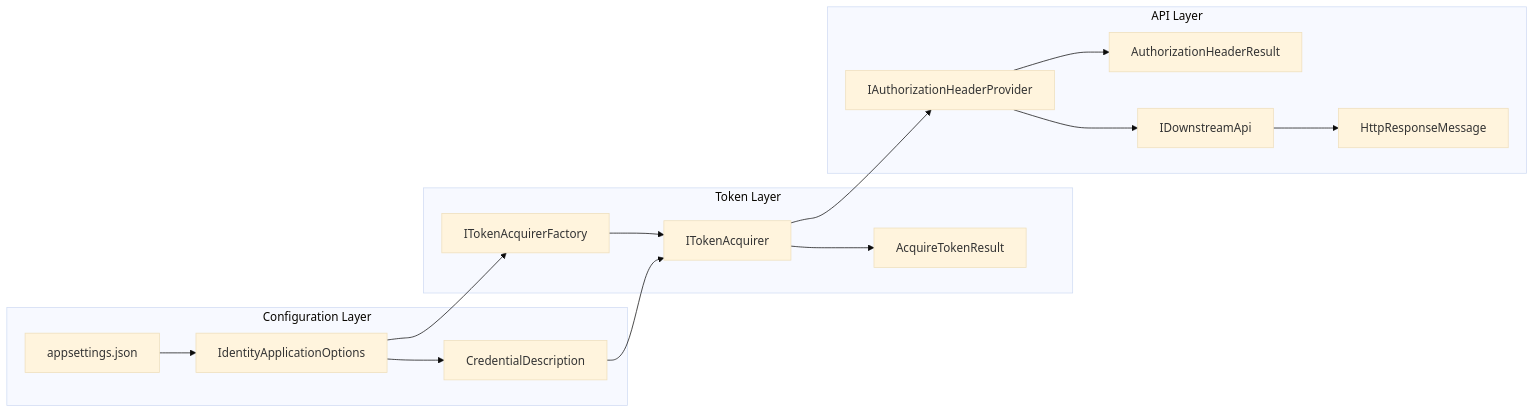
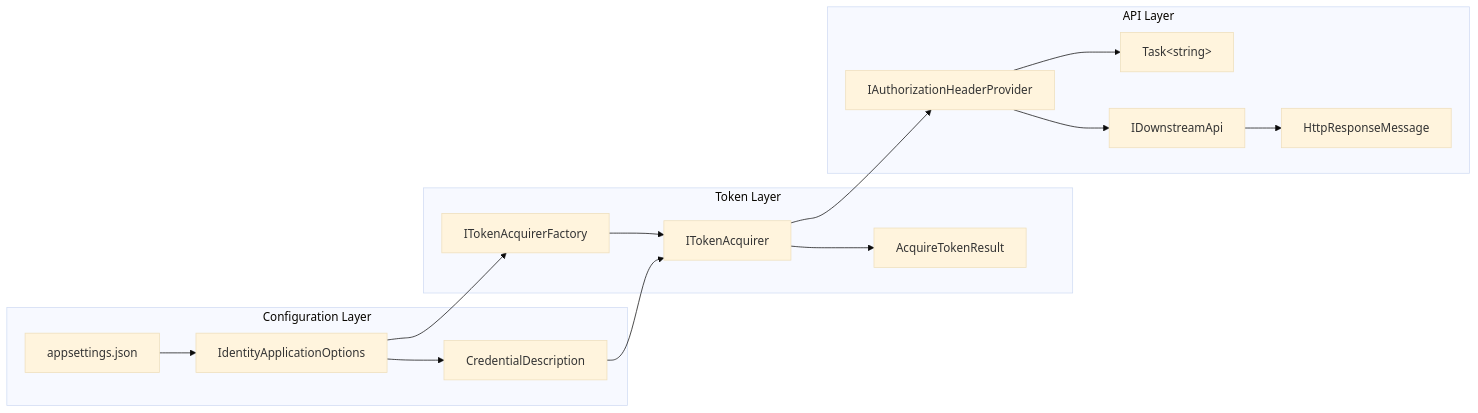
The first of 7 diagrams in README.md (AzureAD/microsoft-identity-abstractions-for-dotnet), drawn with Mermaid (base theme) before and after one commit. The commit also changed other lines of this file and 2 other files, not shown here.

Commit message:
Address PR feedback: sentence casing, C# 14+, concrete paths, heading levels, T4 regen, dependency graph

````diff
--- a/README.md
+++ b/README.md
@@ -69,22 +69,22 @@
 ```mermaid
 graph LR
     subgraph "Configuration Layer"
         A[appsettings.json] --> B[IdentityApplicationOptions]
         B --> C[CredentialDescription]
     end
     
     subgraph "Token Layer"
         D[ITokenAcquirerFactory] --> E[ITokenAcquirer]
         E --> F[AcquireTokenResult]
     end
     
     subgraph "API Layer"
-        G[IAuthorizationHeaderProvider] --> H[AuthorizationHeaderResult]
+        G[IAuthorizationHeaderProvider] --> H["Task&lt;string&gt;"]
         I[IDownstreamApi] --> J[HttpResponseMessage]
     end
     
     B --> D
     C --> E
     E --> G
     G --> I
 ```
````
